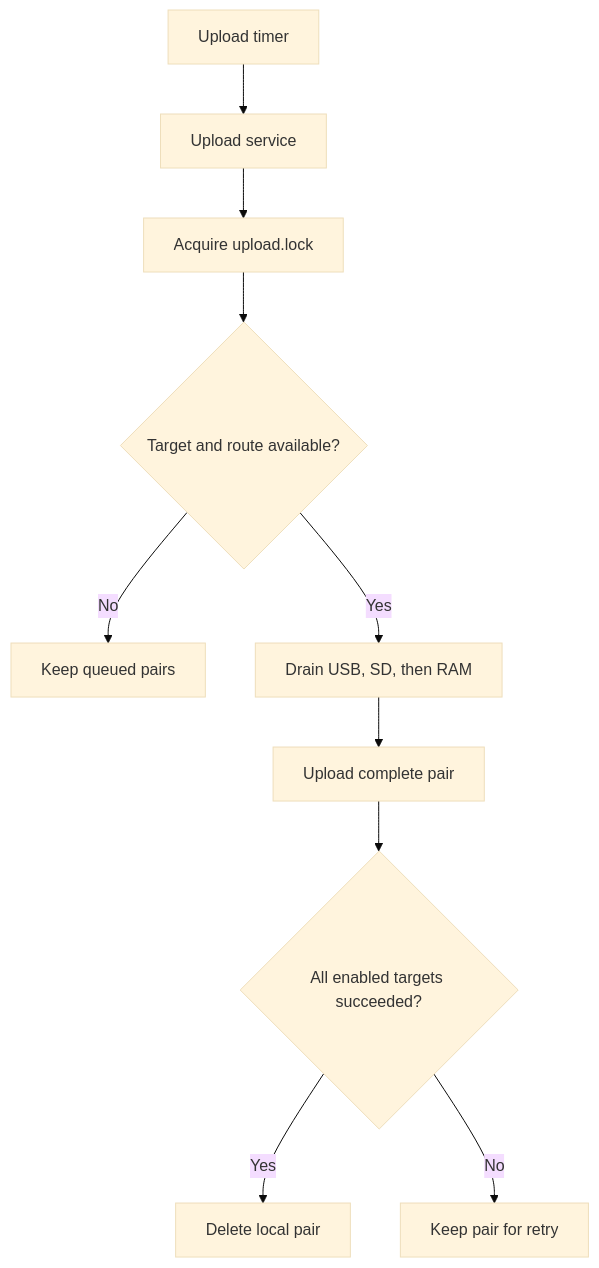
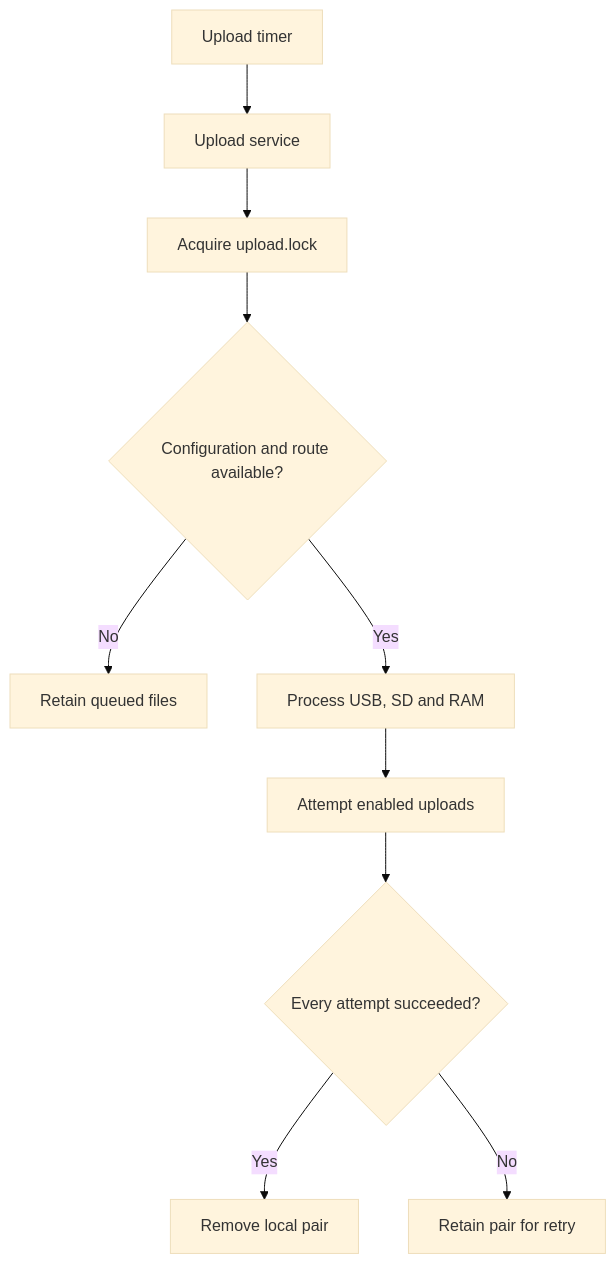
Before and after one commit to luca-c-eng/oscars-phenocam: the third of 3 diagrams in software/docs/ARCHITECTURE.md, drawn with Mermaid (base theme). The commit also changed other lines of this file, not shown here.

First line of the commit message:
Refine architecture documentation for clarity

````diff
--- a/software/docs/ARCHITECTURE.md
+++ b/software/docs/ARCHITECTURE.md
@@ -152,12 +164,12 @@
 ```mermaid
 flowchart TD
     A["Upload timer"] --> B["Upload service"]
     B --> C["Acquire upload.lock"]
-    C --> D{"Target and route available?"}
-    D -- No --> E["Keep queued pairs"]
-    D -- Yes --> F["Drain USB, SD, then RAM"]
-    F --> G["Upload complete pair"]
-    G --> H{"All enabled targets succeeded?"}
-    H -- Yes --> I["Delete local pair"]
-    H -- No --> J["Keep pair for retry"]
+    C --> D{"Configuration and route available?"}
+    D -- No --> E["Retain queued files"]
+    D -- Yes --> F["Process USB, SD and RAM"]
+    F --> G["Attempt enabled uploads"]
+    G --> H{"Every attempt succeeded?"}
+    H -- Yes --> I["Remove local pair"]
+    H -- No --> J["Retain pair for retry"]
 ```
````
